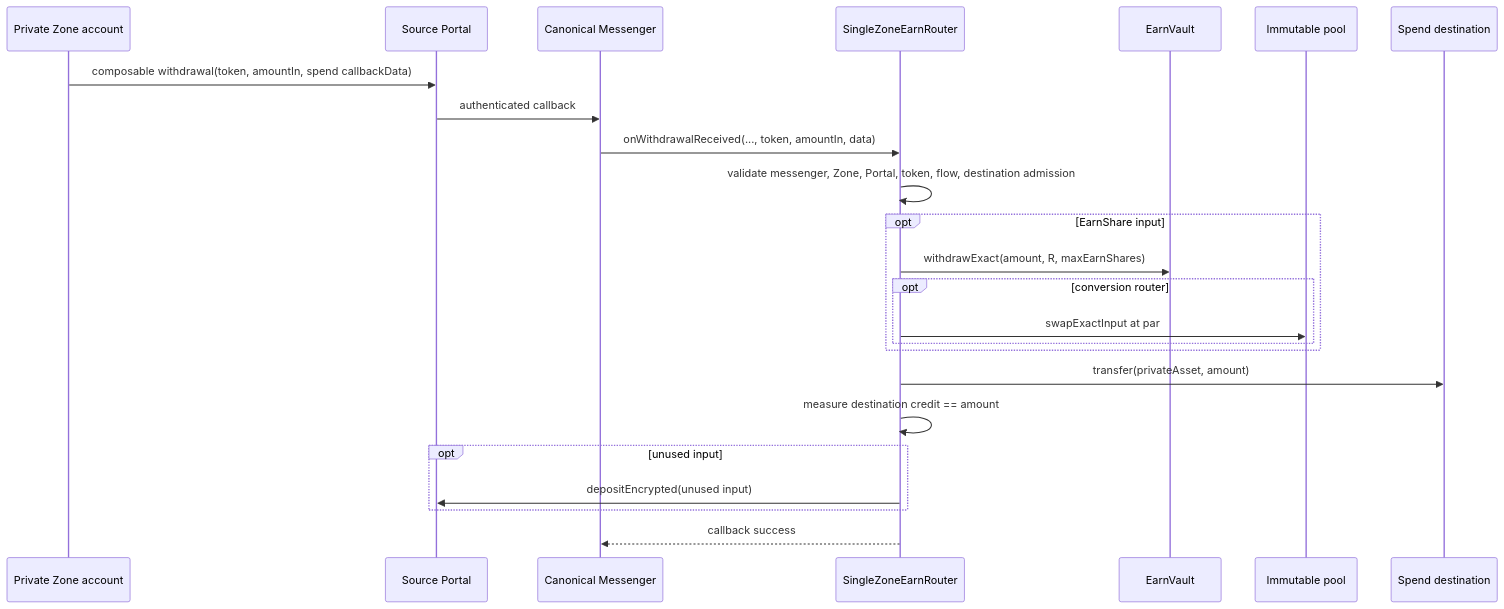
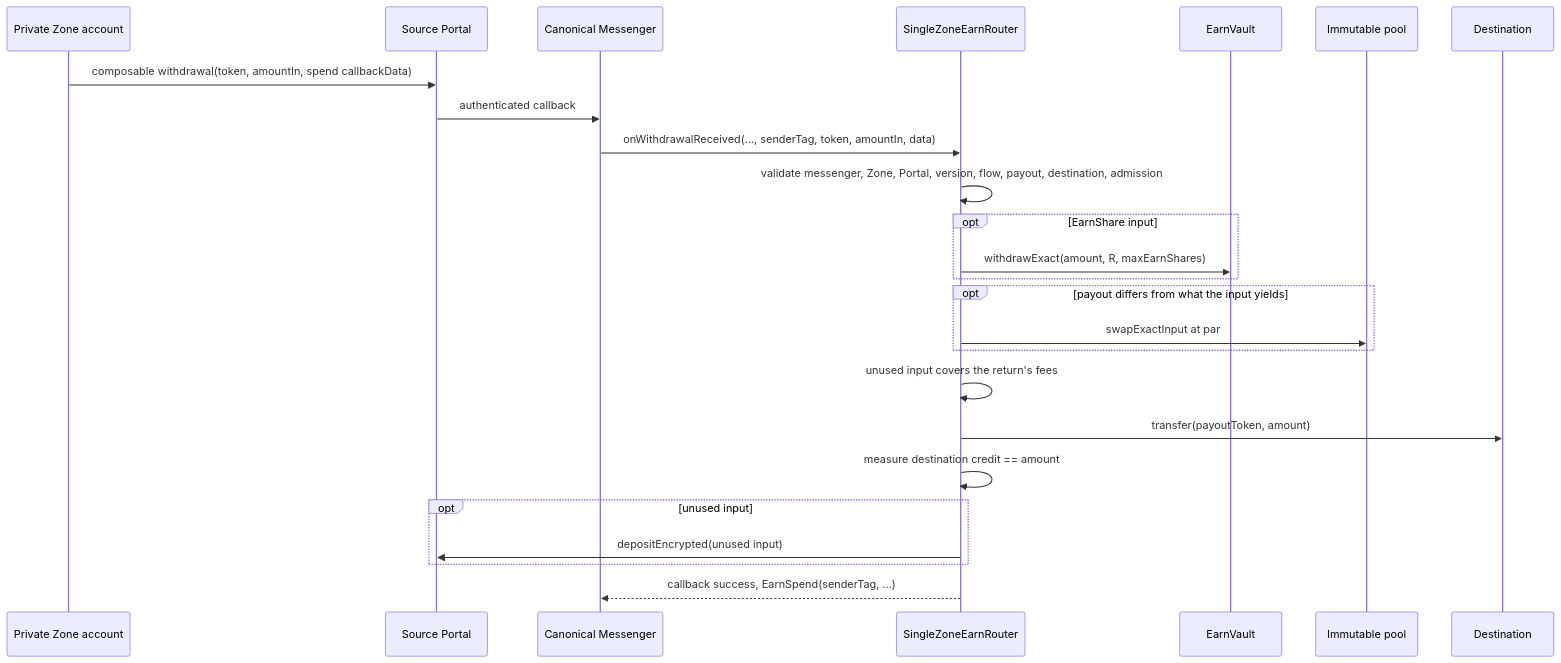
The second of 2 diagrams in docs/modules/zone-router.md (tempoxyz/contracts), drawn with Mermaid before and after one commit. The commit also changed other lines of this file and 4 other files, not shown here.

First line of the commit message:
docs: let a spend name an admitted destination and payout asset

````diff
--- a/docs/modules/zone-router.md
+++ b/docs/modules/zone-router.md
@@ -156,27 +172,28 @@
 ```mermaid
 sequenceDiagram
     participant Z as Private Zone account
     participant P as Source Portal
     participant M as Canonical Messenger
     participant R as SingleZoneEarnRouter
     participant A as EarnVault
     participant D as Immutable pool
-    participant S as Spend destination
+    participant S as Destination
 
     Z->>P: composable withdrawal(token, amountIn, spend callbackData)
     P->>M: authenticated callback
-    M->>R: onWithdrawalReceived(..., token, amountIn, data)
-    R->>R: validate messenger, Zone, Portal, token, flow, destination admission
+    M->>R: onWithdrawalReceived(..., senderTag, token, amountIn, data)
+    R->>R: validate messenger, Zone, Portal, version, flow, payout, destination, admission
     opt EarnShare input
         R->>A: withdrawExact(amount, R, maxEarnShares)
-        opt conversion router
-            R->>D: swapExactInput at par
-        end
     end
-    R->>S: transfer(privateAsset, amount)
+    opt payout differs from what the input yields
+        R->>D: swapExactInput at par
+    end
+    R->>R: unused input covers the return's fees
+    R->>S: transfer(payoutToken, amount)
     R->>R: measure destination credit == amount
     opt unused input
         R->>P: depositEncrypted(unused input)
     end
-    R-->>M: callback success
+    R-->>M: callback success, EarnSpend(senderTag, ...)
 ```
````
